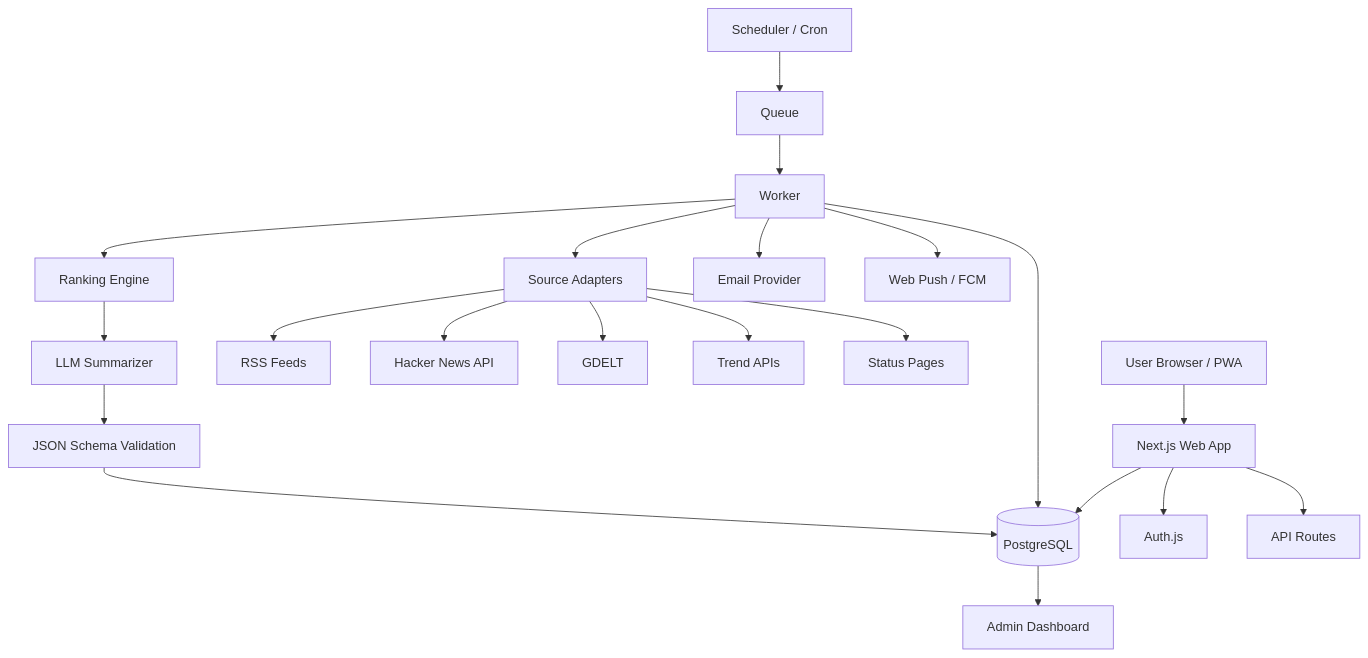
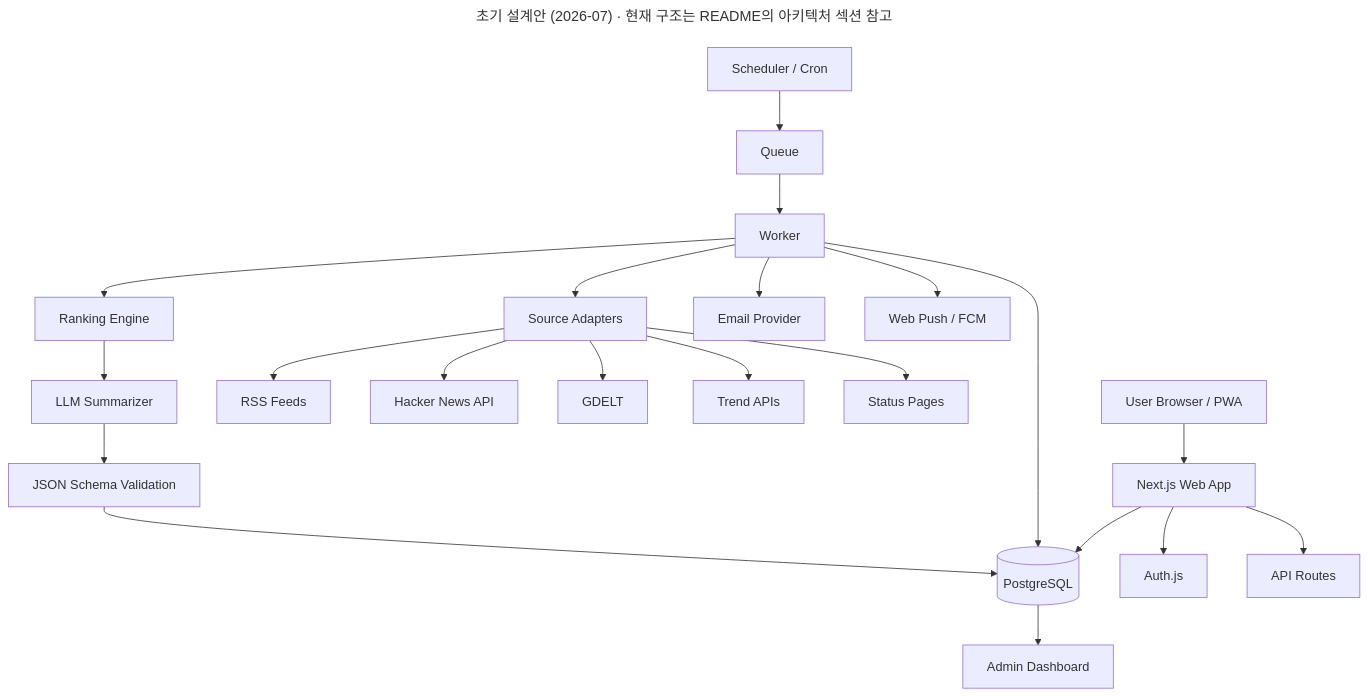
One commit to jeiel85/morning-briefing changed the diagram in diagrams/architecture.mmd. Above: the diagram before and after it, drawn with Mermaid.

Commit message:
show the initial-design note as the diagram title
Mermaid %% comments are hidden in GitHub's rendered view, so add a
front-matter title that readers of the rendered diagram can see.

```diff
--- a/diagrams/architecture.mmd
+++ b/diagrams/architecture.mmd
@@ -1,29 +1,32 @@
+---
+title: "초기 설계안 (2026-07) · 현재 구조는 README의 아키텍처 섹션 참고"
+---
 %% 초기 설계안 (2026-07-07 프로젝트 스캐폴드, a7b7f5b). 현재 구현과 다릅니다.
 %% Auth.js·Queue/Worker·GDELT/Trend API·이메일·FCM·관리자 대시보드는 구현되지 않았거나 제거됐습니다.
 %% 현재 구조는 README의 "아키텍처" 섹션(docs/architecture.png)을 보세요.
 flowchart TD
   U[User Browser / PWA] --> WEB[Next.js Web App]
   WEB --> DB[(PostgreSQL)]
   WEB --> AUTH[Auth.js]
   WEB --> API[API Routes]
 
   CRON[Scheduler / Cron] --> Q[Queue]
   Q --> WORKER[Worker]
 
   WORKER --> SA[Source Adapters]
   SA --> RSS[RSS Feeds]
   SA --> HN[Hacker News API]
   SA --> GDELT[GDELT]
   SA --> TRENDS[Trend APIs]
   SA --> STATUS[Status Pages]
 
   WORKER --> DB
   WORKER --> RANK[Ranking Engine]
   RANK --> SUM[LLM Summarizer]
   SUM --> VALIDATE[JSON Schema Validation]
   VALIDATE --> DB
 
   WORKER --> EMAIL[Email Provider]
   WORKER --> PUSH[Web Push / FCM]
 
   DB --> ADMIN[Admin Dashboard]
```
